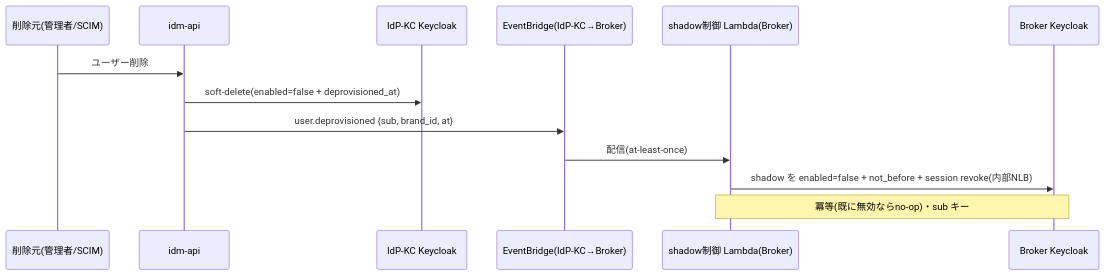
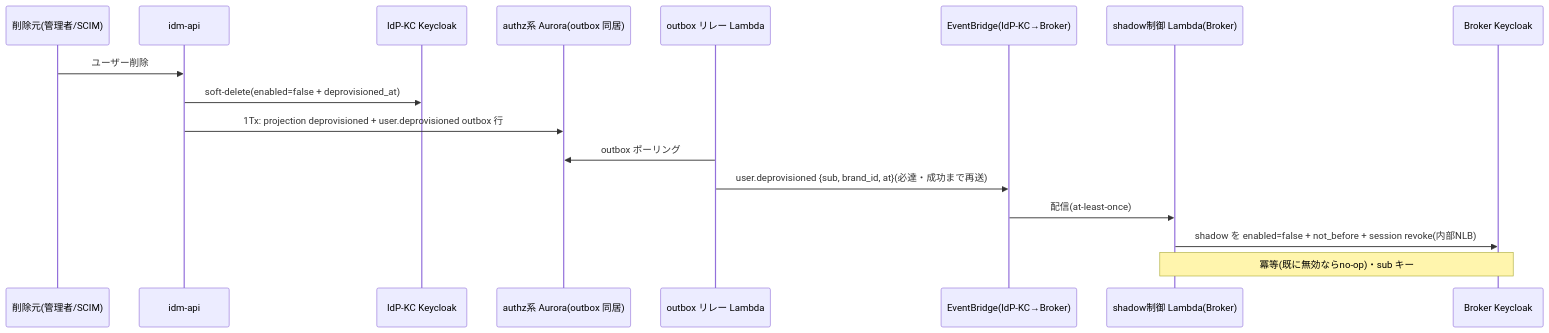
Before and after one commit to suepie/aws-atuh-poc: the fifth of 5 diagrams in doc/basic-design/research/control-plane-crud-authz-flows-notes.md, drawn with Mermaid. The commit also changed other lines of this file and 2 other files, not shown here.

Commit message:
基本設計: research ノートを現行トポロジに整合(control-plane フロー④を A 案 outbox に更新 + 旧モデル 2 ノートにステータス/読替えバナー、決定は ADR/本体が SSOT)

````diff
--- a/doc/basic-design/research/control-plane-crud-authz-flows-notes.md
+++ b/doc/basic-design/research/control-plane-crud-authz-flows-notes.md
@@ -169,16 +171,20 @@
 ```mermaid
 sequenceDiagram
     participant SRC as 削除元(管理者/SCIM)
     participant A2 as idm-api #2 (ブランド/IdP-KC)
     participant IKC as IdP-KC Keycloak
+    participant ZDB as authz系 Aurora(outbox 同居)
+    participant RLY as outbox リレー Lambda
     participant EB as EventBridge(IdP-KC→Broker)
     participant SH as shadow制御 Lambda(Broker)
     participant BKC as Broker Keycloak
 
     SRC->>A2: ユーザー削除
     A2->>IKC: soft-delete(enabled=false + deprovisioned_at)
-    A2->>EB: user.deprovisioned {sub, brand_id, at}
+    A2->>ZDB: 1Tx: projection deprovisioned + user.deprovisioned outbox 行
+    RLY->>ZDB: outbox ポーリング
+    RLY->>EB: user.deprovisioned {sub, brand_id, at}(必達・成功まで再送)
     EB->>SH: 配信(at-least-once)
     SH->>BKC: shadow を enabled=false + not_before + session revoke(内部NLB)
     Note over SH,BKC: 冪等(既に無効ならno-op)・sub キー
 ```
````
